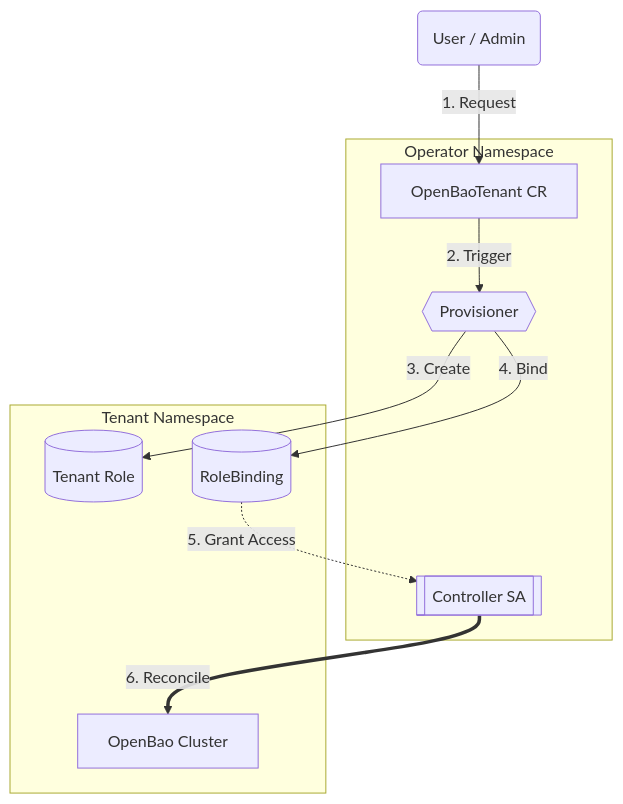
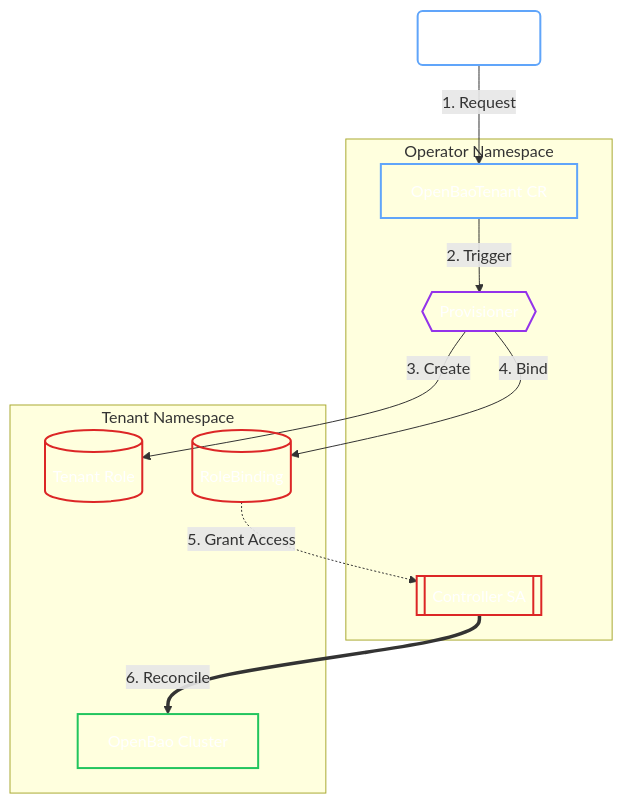
The diagram in docs/security/multi-tenancy/tenant-isolation.md (dc-tec/openbao-operator), drawn with Mermaid before and after one commit. The commit also changed other lines of this file and 48 other files, not shown here.

````diff
--- a/docs/security/multi-tenancy/tenant-isolation.md
+++ b/docs/security/multi-tenancy/tenant-isolation.md
@@ -50,25 +50,34 @@
 ```mermaid
 flowchart TD
     User("User / Admin")
     
     subgraph OperatorNS["Operator Namespace"]
         OBT["OpenBaoTenant CR"]
         Prov{{"Provisioner"}}
         Ctrl[["Controller SA"]]
     end
 
     subgraph TenantNS["Tenant Namespace"]
         TRole[("Tenant Role")]
         TRB[("RoleBinding")]
         Workload["OpenBao Cluster"]
     end
 
     %% Flow
-    %% Flow
     User -- 1. Request --> OBT
     OBT -- 2. Trigger --> Prov
     Prov -- 3. Create --> TRole
     Prov -- 4. Bind --> TRB
     TRB -.->|5. Grant Access| Ctrl
     Ctrl ==>|6. Reconcile| Workload
+
+    classDef read fill:transparent,stroke:#60a5fa,stroke-width:2px,color:#fff;
+    classDef write fill:transparent,stroke:#22c55e,stroke-width:2px,color:#fff;
+    classDef security fill:transparent,stroke:#dc2626,stroke-width:2px,color:#fff;
+    classDef process fill:transparent,stroke:#9333ea,stroke-width:2px,color:#fff;
+
+    class User,OBT read;
+    class Prov process;
+    class Ctrl,TRole,TRB security;
+    class Workload write;
 ```
````
